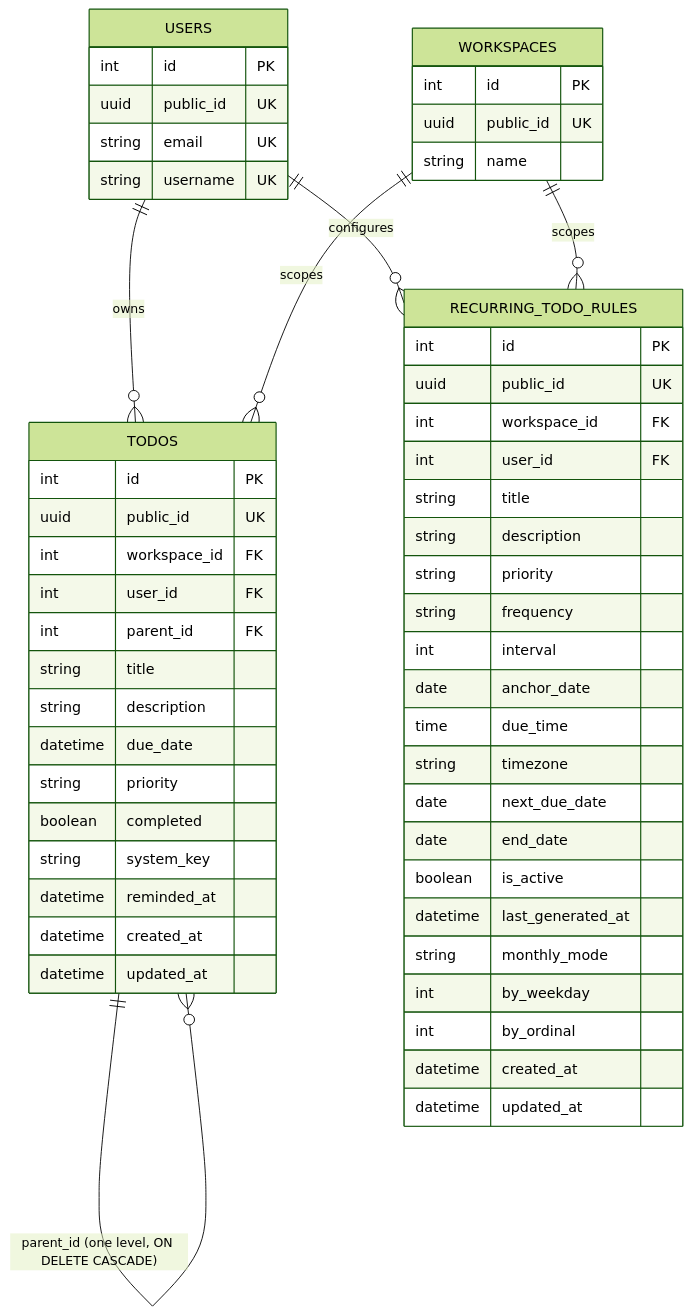
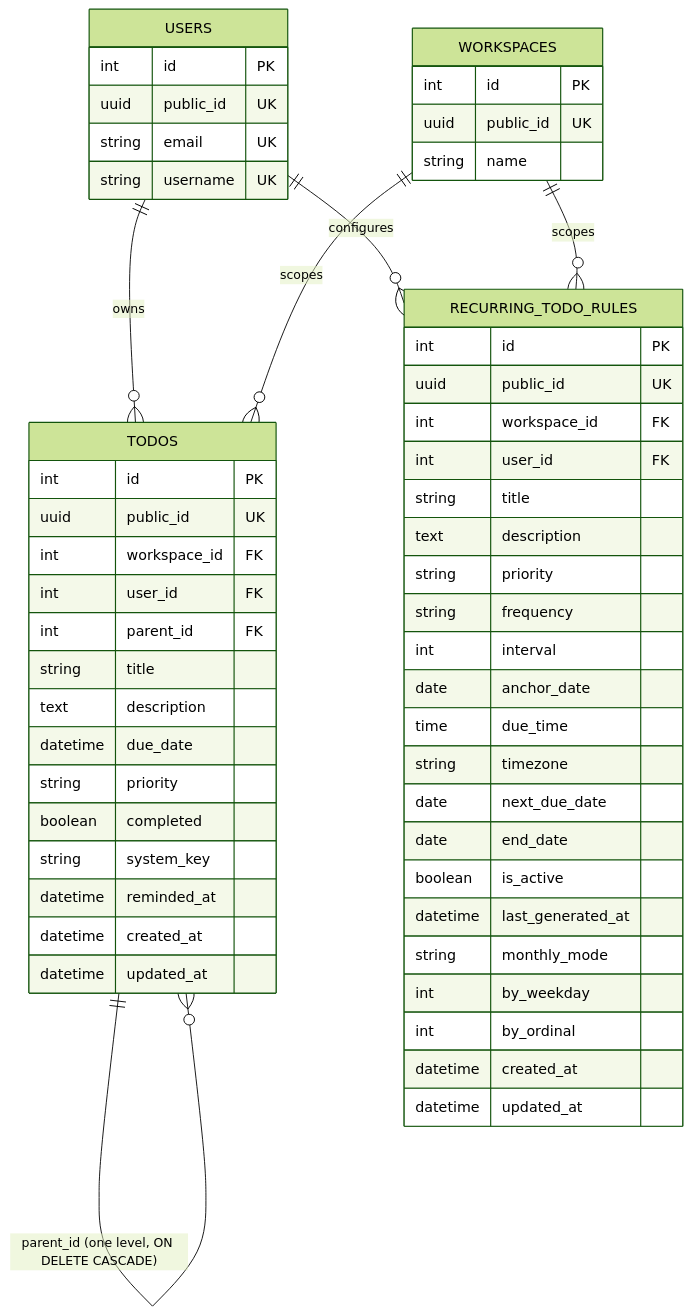
The third of 10 diagrams in docs/ERD.md (sajankp/lifestack-api), drawn with Mermaid (forest theme) before and after one commit. The commit also changed 4 other files, not shown here.

Commit message:
chore(todo): widen description to TEXT with a 2000-char API limit

````diff
--- a/docs/ERD.md
+++ b/docs/ERD.md
@@ -99,62 +99,62 @@
 ```mermaid
 erDiagram
     USERS {
         int id PK
         uuid public_id UK
         string email UK
         string username UK
     }
 
     WORKSPACES {
         int id PK
         uuid public_id UK
         string name
     }
 
     TODOS {
         int id PK
         uuid public_id UK
         int workspace_id FK
         int user_id FK
         int parent_id FK
         string title
-        string description
+        text description
         datetime due_date
         string priority
         boolean completed
         string system_key
         datetime reminded_at
         datetime created_at
         datetime updated_at
     }
 
     RECURRING_TODO_RULES {
         int id PK
         uuid public_id UK
         int workspace_id FK
         int user_id FK
         string title
-        string description
+        text description
         string priority
         string frequency
         int interval
         date anchor_date
         time due_time
         string timezone
         date next_due_date
         date end_date
         boolean is_active
         datetime last_generated_at
         string monthly_mode
         int by_weekday
         int by_ordinal
         datetime created_at
         datetime updated_at
     }
 
     USERS ||--o{ TODOS : owns
     WORKSPACES ||--o{ TODOS : scopes
     TODOS ||--o{ TODOS : "parent_id (one level, ON DELETE CASCADE)"
     USERS ||--o{ RECURRING_TODO_RULES : configures
     WORKSPACES ||--o{ RECURRING_TODO_RULES : scopes
 ```
````
